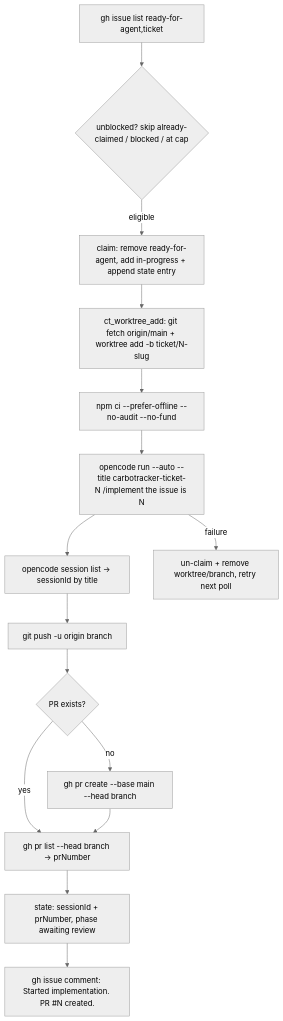
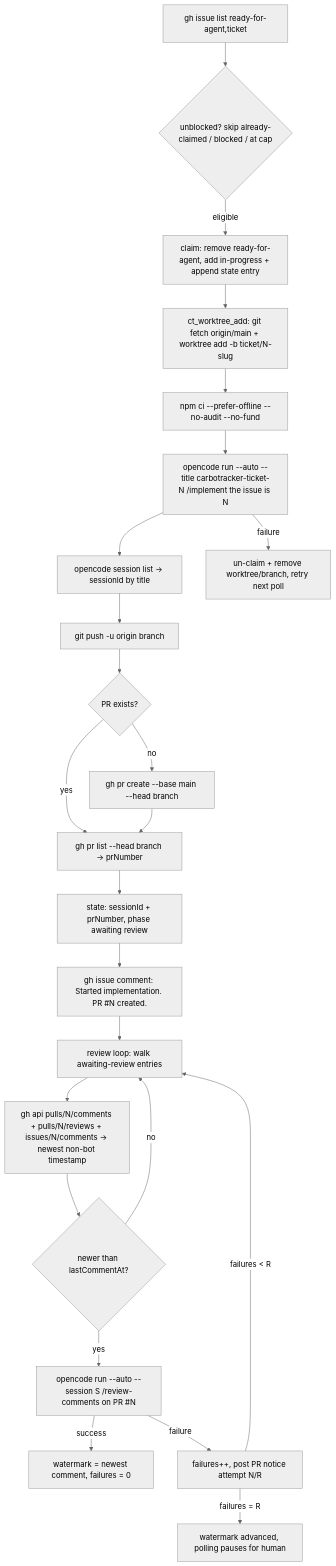
Before and after one commit to bemerkenswert/carbotracker: the second of 2 diagrams in tools/orchestrator.md, drawn with Mermaid (neutral theme). The commit also changed other lines of this file and 3 other files, not shown here.

````diff
--- a/tools/orchestrator.md
+++ b/tools/orchestrator.md
@@ -63,17 +108,26 @@
 ```mermaid
 flowchart TD
     A[gh issue list ready-for-agent,ticket] --> B{unblocked? skip already-claimed / blocked / at cap}
     B -- eligible --> C[claim: remove ready-for-agent, add in-progress + append state entry]
     C --> D[ct_worktree_add: git fetch origin/main + worktree add -b ticket/N-slug]
     D --> E[npm ci --prefer-offline --no-audit --no-fund]
     E --> F[opencode run --auto --title carbotracker-ticket-N /implement the issue is N]
     F --> G[opencode session list → sessionId by title]
     G --> H[git push -u origin branch]
     H --> I{PR exists?}
     I -- no --> J[gh pr create --base main --head branch]
     I -- yes --> K
     J --> K[gh pr list --head branch → prNumber]
     K --> L[state: sessionId + prNumber, phase awaiting review]
     L --> M[gh issue comment: Started implementation. PR #N created.]
     F -- failure --> N[un-claim + remove worktree/branch, retry next poll]
+    M --> O[review loop: walk awaiting-review entries]
+    O --> P[gh api pulls/N/comments + pulls/N/reviews + issues/N/comments → newest non-bot timestamp]
+    P --> Q{newer than lastCommentAt?}
+    Q -- no --> O
+    Q -- yes --> R[opencode run --auto --session S /review-comments on PR #N]
+    R -- success --> S[watermark = newest comment, failures = 0]
+    R -- failure --> T[failures++, post PR notice attempt N/R]
+    T -- failures < R --> O
+    T -- failures = R --> U[watermark advanced, polling pauses for human]
 ```
````
